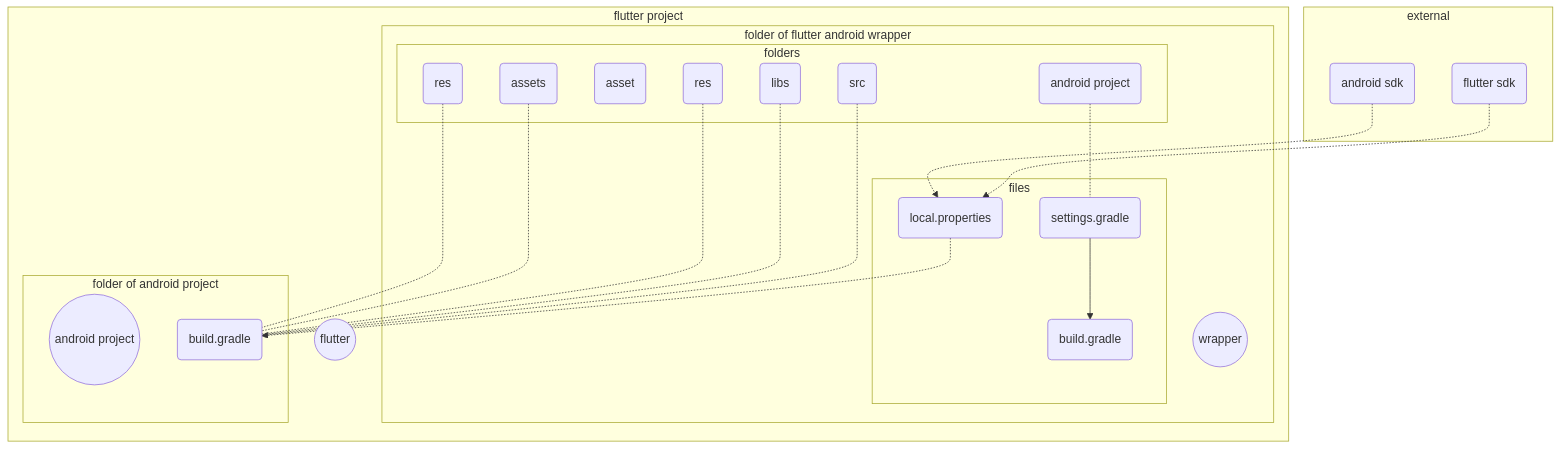
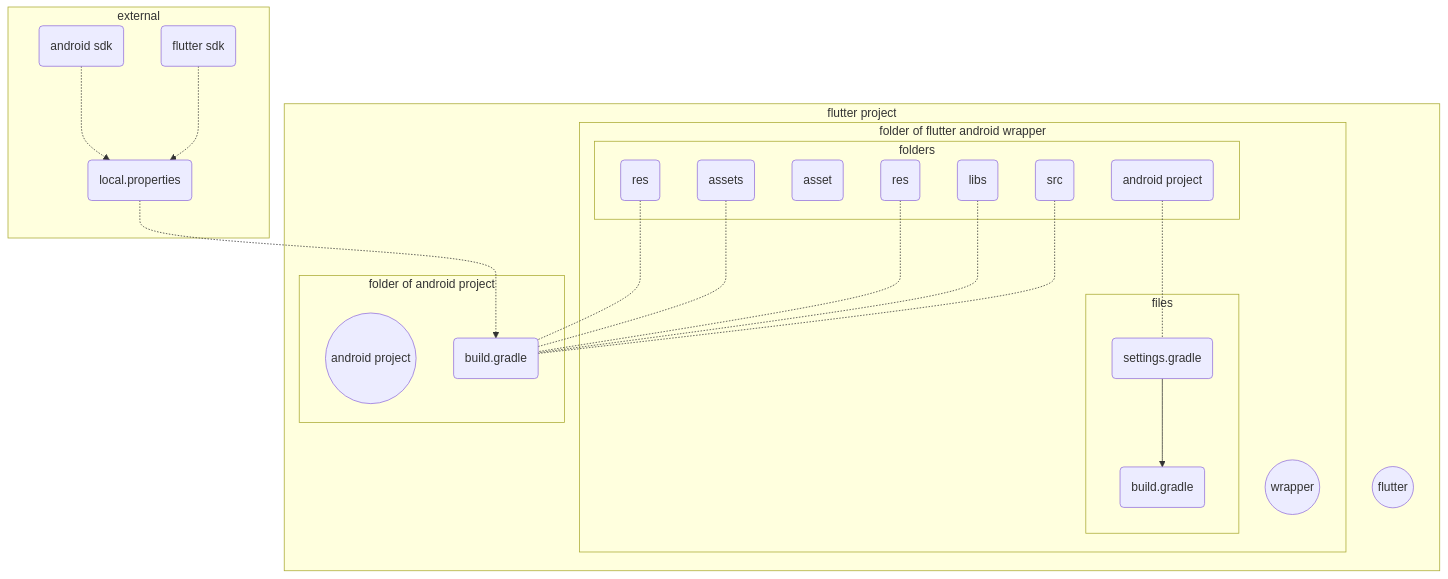
One commit to gordianknotC/nxp_note changed the second of 2 diagrams in flutter/addAndroidProjIntoFlutter.md. Above: the diagram before and after it, drawn with Mermaid. The commit also changed other lines of this file, not shown here.

Commit message:
flutter/addAndroidProjIntoFlutter.md updated from https://stackedit.io/

````diff
--- a/flutter/addAndroidProjIntoFlutter.md
+++ b/flutter/addAndroidProjIntoFlutter.md
@@ -228,48 +228,49 @@
 ```mermaid
 
 graph TB
+	subgraph external
+		ADK(android sdk)-.->WL
+		FDK(flutter sdk)-.->WL
+	end
 	subgraph flutter project
 		F((flutter))
 		subgraph folder of flutter android wrapper
 			W((wrapper))
 			subgraph files
 				WS(settings.gradle) --> WB(build.gradle)
 				WL(local.properties)
 			end
 			
 			subgraph folders
 				WR(res)
 				WP(android project)
 				WT(asset)
 			end
 		end
 	
 		subgraph folder of android project
 			A((android project))
 			AB(build.gradle)
 			 subgraph folders
 				 AR(res) 
 				 AT(assets)
 				 AL(libs)
 				 AC(src)
 			 end
 		end	 
 	end
 
 	
 	WP -.- WS
 	WR -.- AB
 	AT -.- AB
 	AR -.- AB
 	AL -.- AB
 	AC -.- AB
 	WL -.-> AB
 	
-	subgraph external
-		ADK(android sdk)-.->WL
-		FDK(flutter sdk)-.->WL
-	end
+	
 	
 	
 
 ```
````
